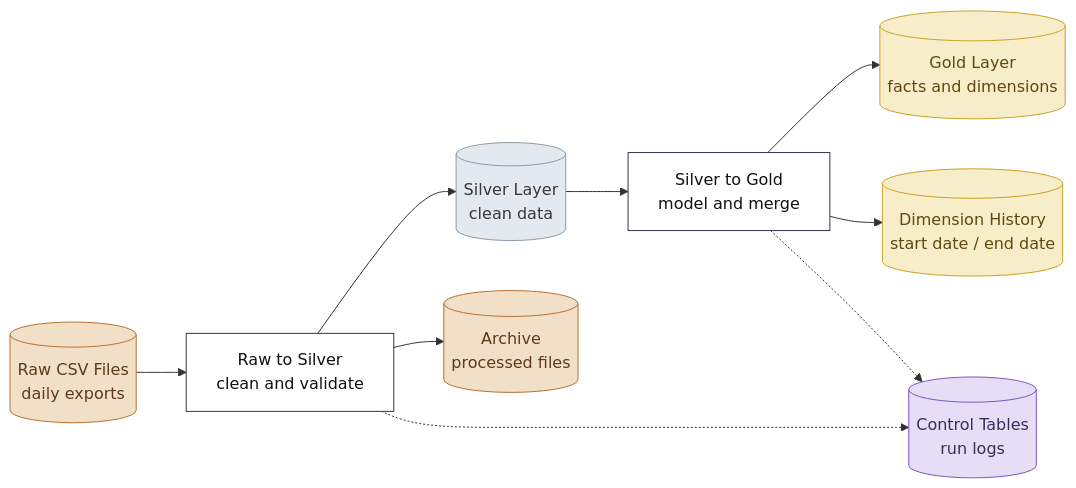
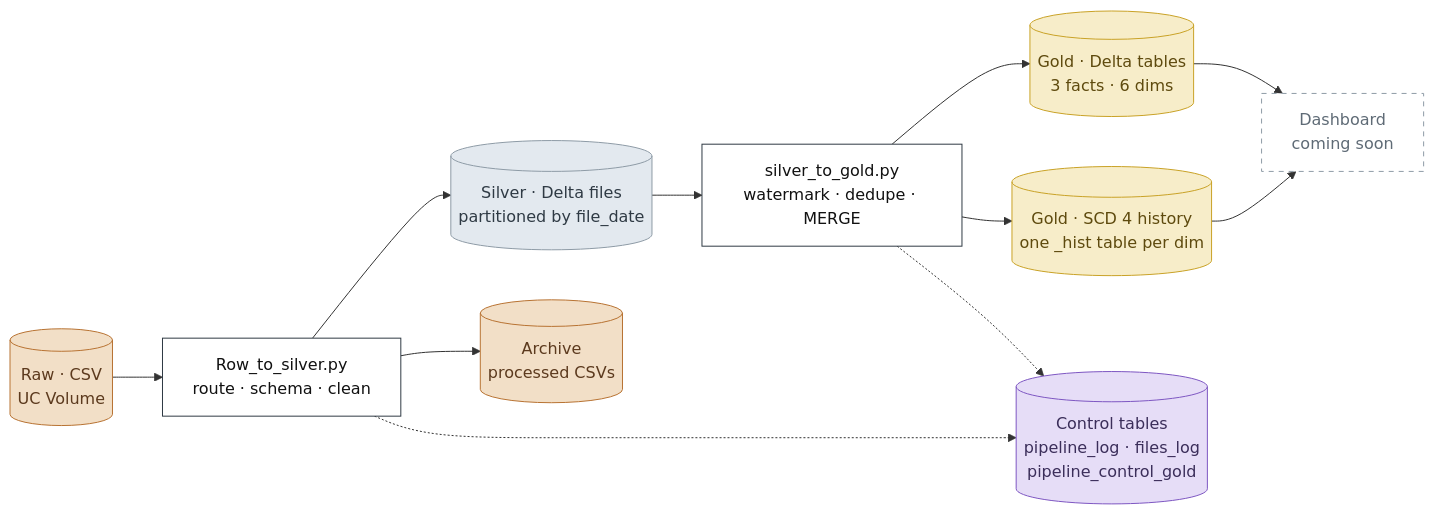
One commit to ghanshyamhadiya/Supply_chain changed the first of 4 diagrams in README.md. Above: the diagram before and after it, drawn with Mermaid. The commit also changed other lines of this file, not shown here.

````diff
--- a/README.md
+++ b/README.md
@@ -27,23 +22,27 @@
 ```mermaid
 flowchart LR
-    A[("Raw CSV Files<br/>daily exports")] --> B["Raw to Silver<br/>clean and validate"]
-    B --> C[("Silver Layer<br/>clean data")]
-    C --> D["Silver to Gold<br/>model and merge"]
-    D --> E[("Gold Layer<br/>facts and dimensions")]
-    D --> H[("Dimension History<br/>start date / end date")]
-    B --> F[("Archive<br/>processed files")]
-    B -.-> G[("Control Tables<br/>run logs")]
-    D -.-> G
+    RAW[("Raw · CSV<br/>UC Volume")] --> J1["Row_to_silver.py<br/>route · schema · clean"]
+    J1 --> SLV[("Silver · Delta files<br/>partitioned by file_date")]
+    J1 --> ARC[("Archive<br/>processed CSVs")]
+    SLV --> J2["silver_to_gold.py<br/>watermark · dedupe · MERGE"]
+    J2 --> GLD[("Gold · Delta tables<br/>3 facts · 6 dims")]
+    J2 --> HST[("Gold · SCD 4 history<br/>one _hist table per dim")]
+    GLD --> DSH["Dashboard<br/>coming soon"]
+    HST --> DSH
+    J1 -.-> CTL[("Control tables<br/>pipeline_log · files_log<br/>pipeline_control_gold")]
+    J2 -.-> CTL
 
     classDef raw fill:#F2DFC7,stroke:#B87333,color:#5C3A1E
     classDef slv fill:#E3E9EF,stroke:#8E9BA6,color:#2F3A44
     classDef gld fill:#F7EDC9,stroke:#C9A227,color:#5E4A0E
     classDef job fill:#FFFFFF,stroke:#2F3A44,color:#111111
     classDef ctl fill:#E6DDF7,stroke:#7E57C2,color:#3B2E5A
+    classDef todo fill:#FFFFFF,stroke:#8E9BA6,color:#5F6B76,stroke-dasharray:5 5
 
-    class A,F raw
-    class C slv
-    class E,H gld
-    class B,D job
-    class G ctl
+    class RAW,ARC raw
+    class SLV slv
+    class GLD,HST gld
+    class J1,J2 job
+    class CTL ctl
+    class DSH todo
 ```
````
